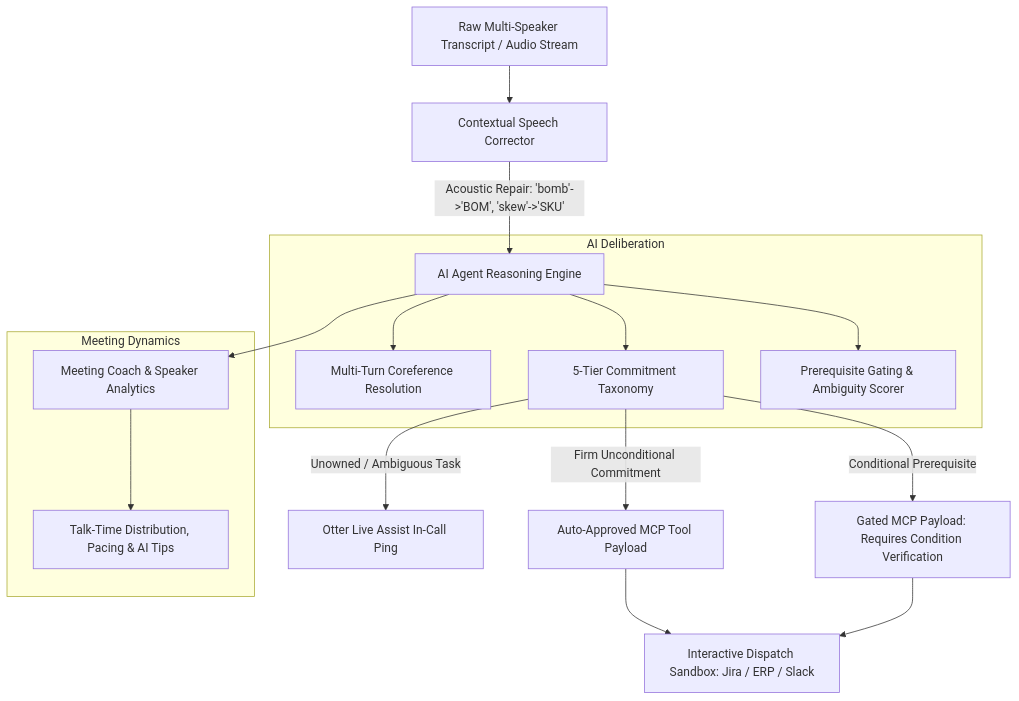
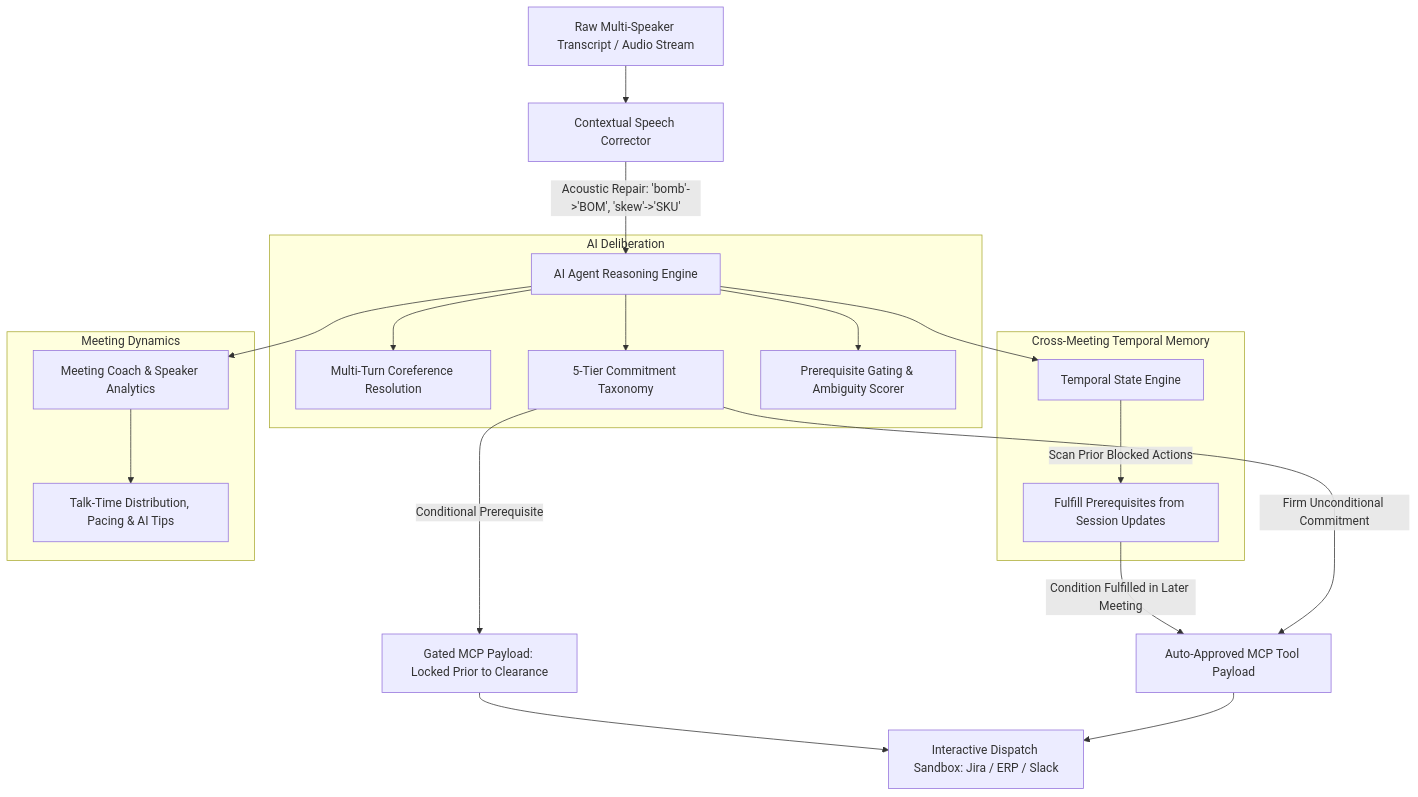
Before and after one commit to himadrimotwani/otter-action-guard: the diagram in README.md, drawn with Mermaid. The commit also changed other lines of this file and 7 other files, not shown here.

Commit message:
feat: Add Cross-Meeting Temporal State Engine to resolve prerequisites across sessions

````diff
--- a/README.md
+++ b/README.md
@@ -29,23 +29,28 @@
 ```mermaid
 flowchart TD
     A[Raw Multi-Speaker Transcript / Audio Stream] --> B[Contextual Speech Corrector]
     B -->|Acoustic Repair: 'bomb'->'BOM', 'skew'->'SKU'| C[AI Agent Reasoning Engine]
     
     subgraph AI Deliberation
         C --> D[Multi-Turn Coreference Resolution]
         C --> E[5-Tier Commitment Taxonomy]
         C --> F[Prerequisite Gating & Ambiguity Scorer]
     end
 
-    subgraph Meeting Dynamics
-        C --> G[Meeting Coach & Speaker Analytics]
-        G --> H[Talk-Time Distribution, Pacing & AI Tips]
+    subgraph Cross-Meeting Temporal Memory
+        C --> G[Temporal State Engine]
+        G -->|Scan Prior Blocked Actions| H[Fulfill Prerequisites from Session Updates]
     end
 
-    E -->|Firm Unconditional Commitment| I[Auto-Approved MCP Tool Payload]
-    E -->|Conditional Prerequisite| J[Gated MCP Payload: Requires Condition Verification]
-    E -->|Unowned / Ambiguous Task| K[Otter Live Assist In-Call Ping]
+    subgraph Meeting Dynamics
+        C --> I[Meeting Coach & Speaker Analytics]
+        I --> J[Talk-Time Distribution, Pacing & AI Tips]
+    end
 
-    I --> L[Interactive Dispatch Sandbox: Jira / ERP / Slack]
-    J --> L
+    E -->|Firm Unconditional Commitment| K[Auto-Approved MCP Tool Payload]
+    E -->|Conditional Prerequisite| L[Gated MCP Payload: Locked Prior to Clearance]
+    H -->|Condition Fulfilled in Later Meeting| K
+
+    K --> M[Interactive Dispatch Sandbox: Jira / ERP / Slack]
+    L --> M
 ```
````
